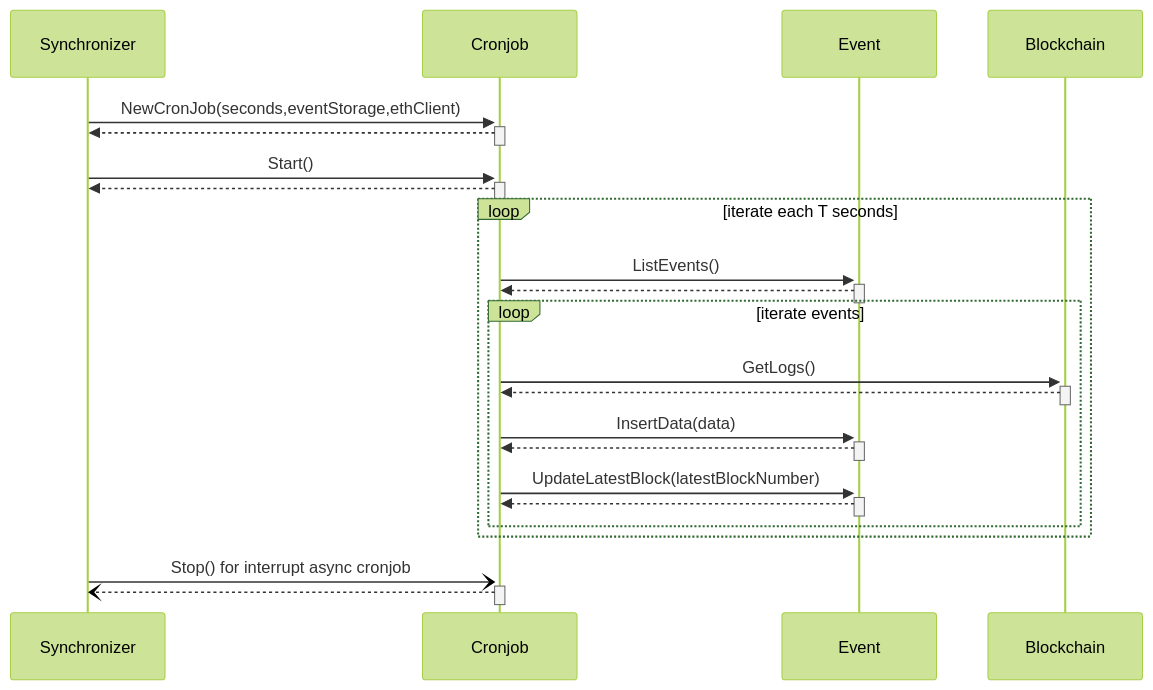
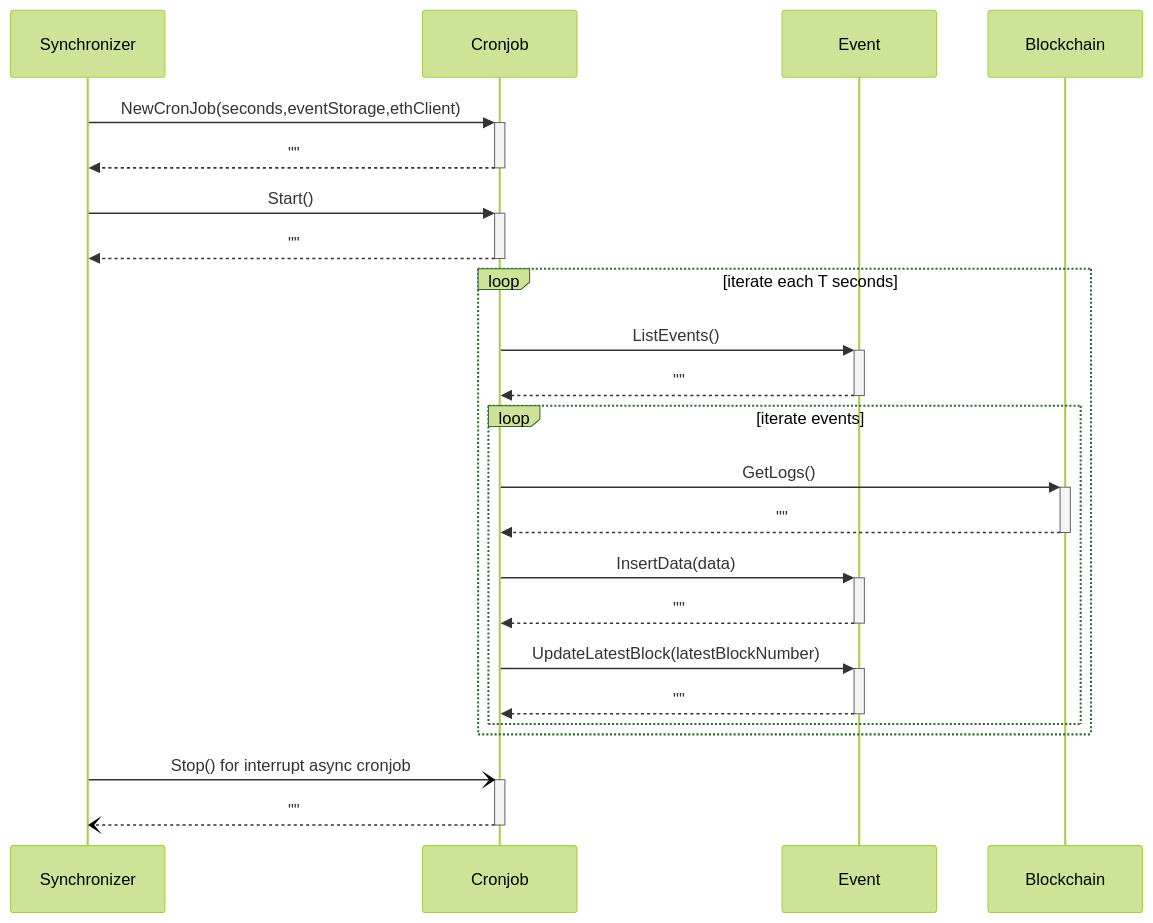
The fourth of 4 diagrams in README.md (darchlabs/synchronizer-v2), drawn with Mermaid (forest theme) before and after one commit. The commit also changed other lines of this file, not shown here.

````diff
--- a/README.md
+++ b/README.md
@@ -125,21 +125,21 @@
 ```mermaid
 sequenceDiagram
   Synchronizer->>+Cronjob: NewCronJob(seconds,eventStorage,ethClient)
-  Cronjob-->>-Synchronizer:
+  Cronjob-->>-Synchronizer: ""
   Synchronizer->>+Cronjob: Start()
-  Cronjob-->>-Synchronizer:
+  Cronjob-->>-Synchronizer: ""
   loop iterate each T seconds
     Cronjob->>+Event: ListEvents()
-    Event-->>-Cronjob:
+    Event-->>-Cronjob: ""
     loop iterate events
       Cronjob->>+Blockchain: GetLogs()
-      Blockchain-->>-Cronjob:
+      Blockchain-->>-Cronjob: ""
       Cronjob->>+Event: InsertData(data)
-      Event-->>-Cronjob:
+      Event-->>-Cronjob: ""
       Cronjob->>+Event: UpdateLatestBlock(latestBlockNumber)
-      Event-->>-Cronjob:
+      Event-->>-Cronjob: ""
     end
   end
   Synchronizer-)+Cronjob: Stop() for interrupt async cronjob
-  Cronjob--)-Synchronizer:
+  Cronjob--)-Synchronizer: ""
 ```
````
